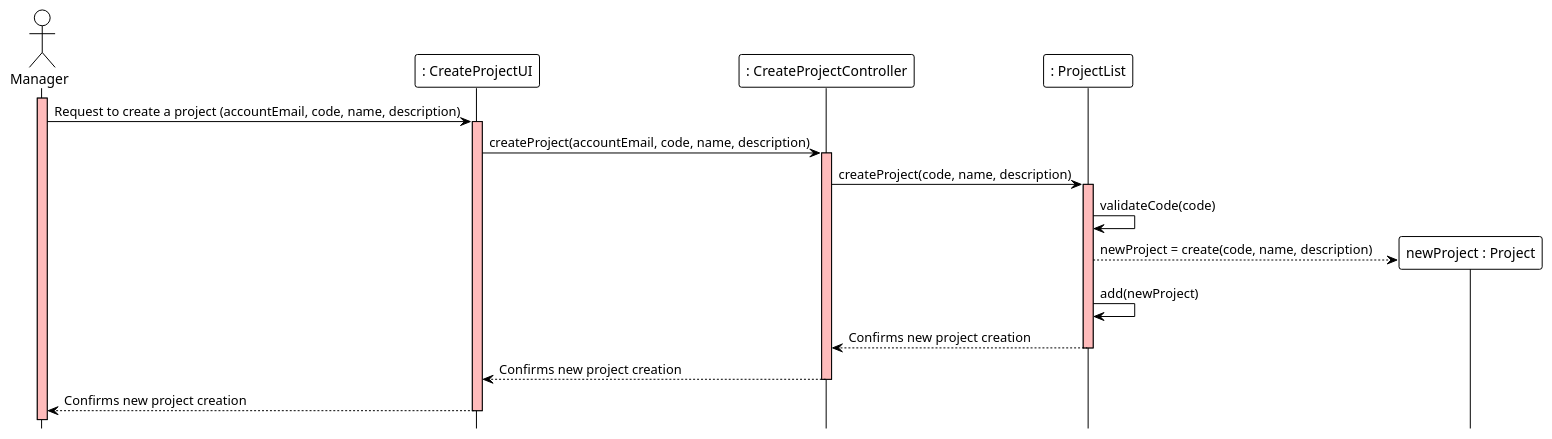
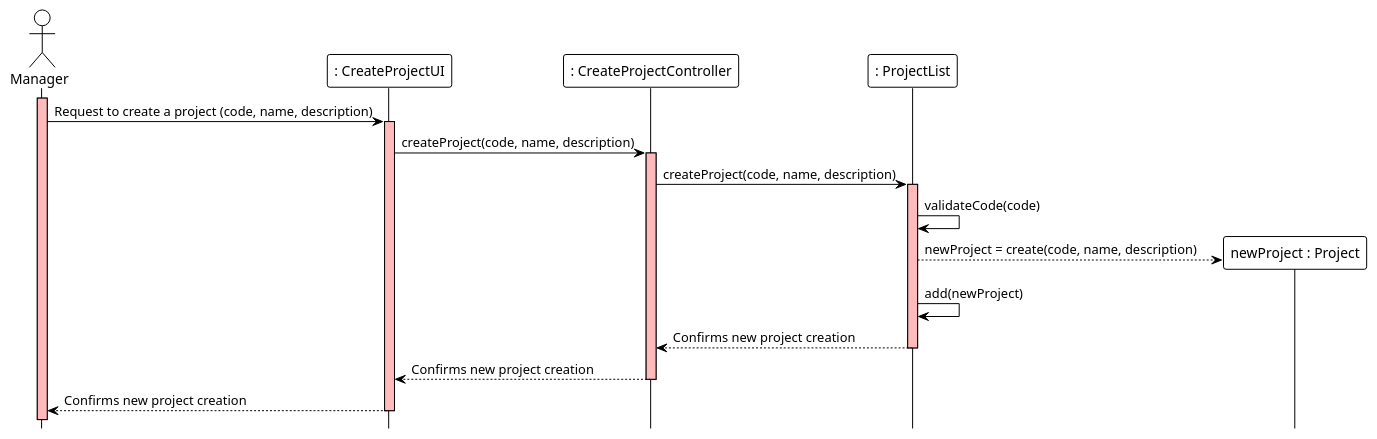
One commit to ivo-menezes/project_g3 changed the diagram in docs/modelling_design/user_stories/us010/US010_CreateProjectSD.puml. Above: the diagram before and after it, drawn with PlantUML.

Commit message:
US010: Design : US010_CreateProjectSD (Update)

```diff
--- a/docs/modelling_design/user_stories/us010/US010_CreateProjectSD.puml
+++ b/docs/modelling_design/user_stories/us010/US010_CreateProjectSD.puml
@@ -1,37 +1,37 @@
 @startuml
 !theme plain
 hide footbox
 
 actor Manager  as Manager
 participant ": CreateProjectUI" as UI
 participant ": CreateProjectController" as Controller
 'participant ": AccountList" as AccountList
 participant ": ProjectList" as ProjectList
 participant "newProject : Project" as Project
 
 activate Manager #FFBBBB
-Manager ->  UI : Request to create a project (accountEmail, code, name, description)
+Manager ->  UI : Request to create a project (code, name, description)
 
 activate UI #FFBBBB
-UI -> Controller : createProject(accountEmail, code, name, description)
+UI -> Controller : createProject(code, name, description)
 
 activate Controller #FFBBBB
 'Controller -> AccountList : checkPermissionsToCreateAProject(accountEmail)
 'activate AccountList #FFBBBB
 'AccountList --> Controller : Permission granted
 'deactivate AccountList
 Controller -> ProjectList : createProject(code, name, description)
 activate ProjectList #FFBBBB
 
 ProjectList -> ProjectList : validateCode(code)
 ProjectList --> Project ** : newProject = create(code, name, description)
 ProjectList -> ProjectList : add(newProject)
 
 ProjectList --> Controller : Confirms new project creation
 deactivate ProjectList
 
 Controller --> UI : Confirms new project creation
 deactivate Controller
 UI --> Manager : Confirms new project creation
 deactivate UI
 @enduml
```
